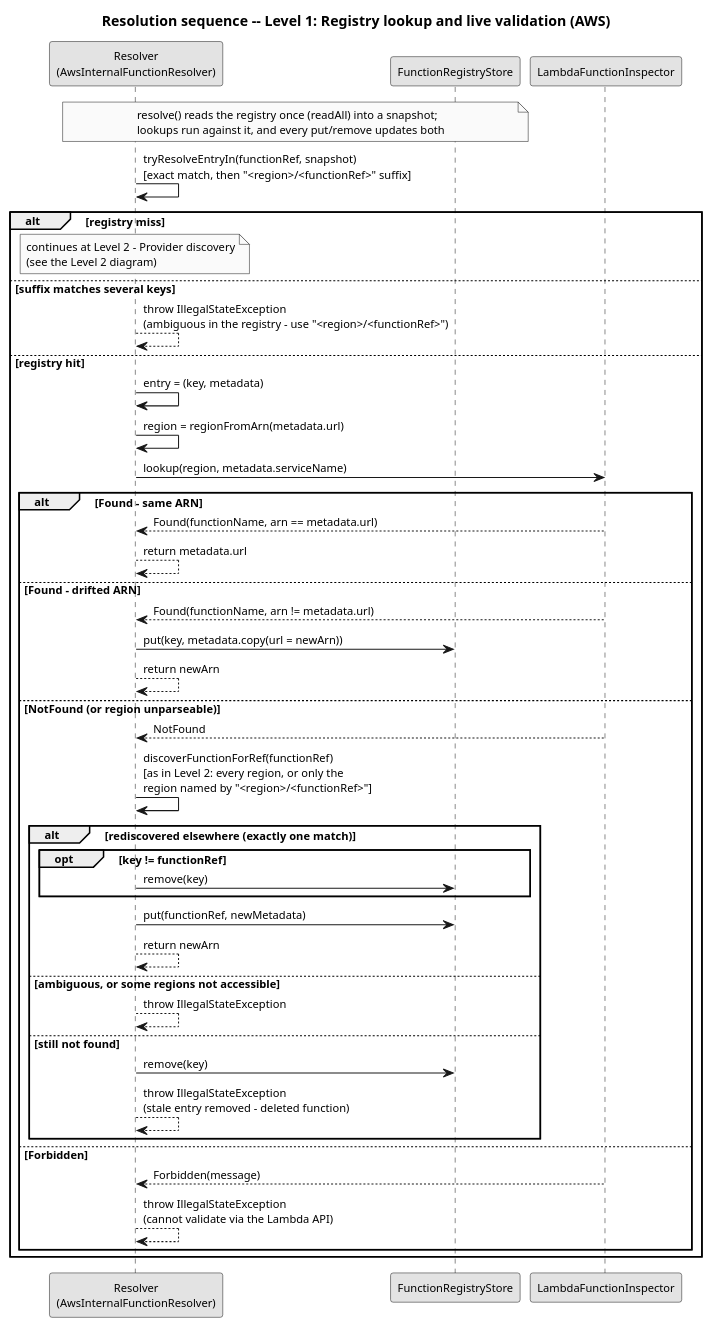
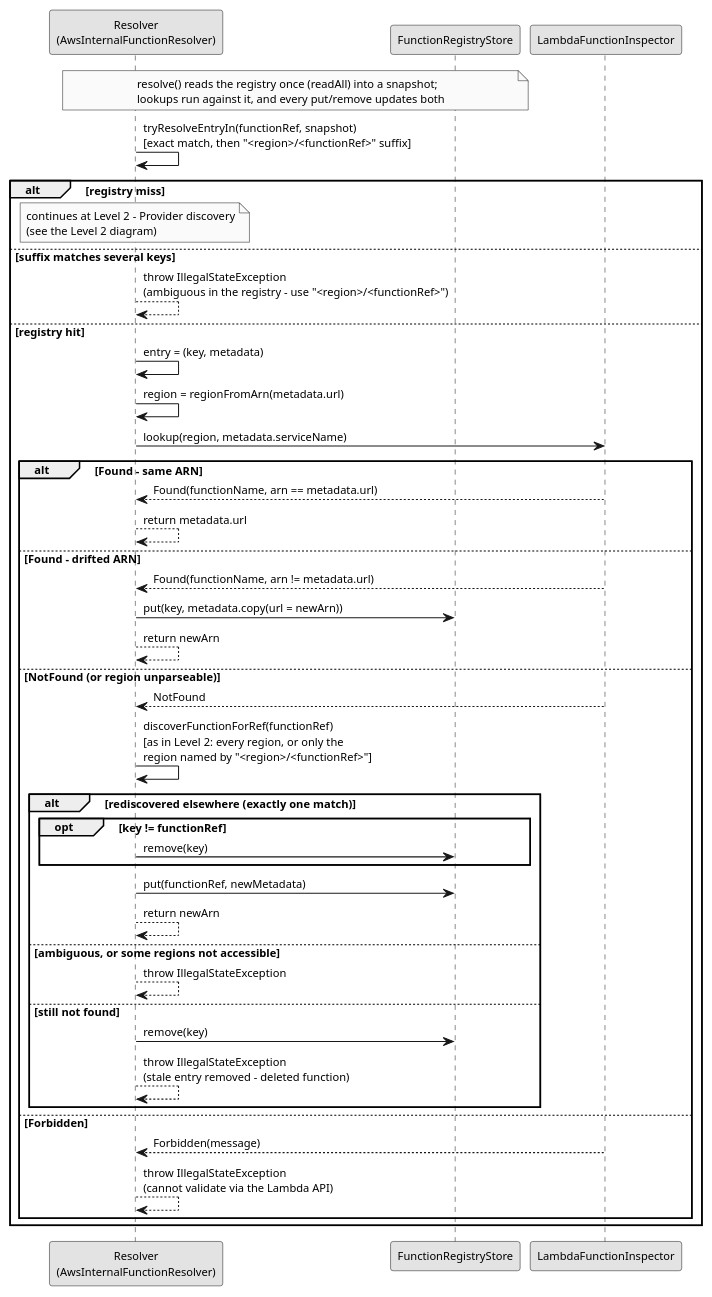
One commit to EngenheiroPedroCarvalho/ISEL-Thesis-2526 changed the diagram in diagrams/resolution-cascade-level1-aws.puml. Above: the diagram before and after it, drawn with PlantUML. The commit also changed 52 other files, not shown here.

First line of the commit message:
Drop diagram titles and use "deployment" in the Resumo

```diff
--- a/diagrams/resolution-cascade-level1-aws.puml
+++ b/diagrams/resolution-cascade-level1-aws.puml
@@ -1,55 +1,53 @@
 @startuml resolution-cascade-level1-aws
 skinparam monochrome true
 skinparam shadowing false
 skinparam defaultFontSize 11
-title Resolution sequence -- Level 1: Registry lookup and live validation (AWS)
-
 participant "Resolver\n(AwsInternalFunctionResolver)" as R
 participant "FunctionRegistryStore" as REG
 participant "LambdaFunctionInspector" as AI
 
 note over R, REG
   resolve() reads the registry once (readAll) into a snapshot;
   lookups run against it, and every put/remove updates both
 end note
 R -> R : tryResolveEntryIn(functionRef, snapshot)\n[exact match, then "<region>/<functionRef>" suffix]
 alt registry miss
   note over R
     continues at Level 2 - Provider discovery
     (see the Level 2 diagram)
   end note
 else suffix matches several keys
   R --> R : throw IllegalStateException\n(ambiguous in the registry - use "<region>/<functionRef>")
 else registry hit
   R -> R : entry = (key, metadata)
   R -> R : region = regionFromArn(metadata.url)
 
   R -> AI : lookup(region, metadata.serviceName)
   alt Found - same ARN
     AI --> R : Found(functionName, arn == metadata.url)
     R --> R : return metadata.url
   else Found - drifted ARN
     AI --> R : Found(functionName, arn != metadata.url)
     R -> REG : put(key, metadata.copy(url = newArn))
     R --> R : return newArn
   else NotFound (or region unparseable)
     AI --> R : NotFound
     R -> R : discoverFunctionForRef(functionRef)\n[as in Level 2: every region, or only the\nregion named by "<region>/<functionRef>"]
     alt rediscovered elsewhere (exactly one match)
       opt key != functionRef
         R -> REG : remove(key)
       end
       R -> REG : put(functionRef, newMetadata)
       R --> R : return newArn
     else ambiguous, or some regions not accessible
       R --> R : throw IllegalStateException
     else still not found
       R -> REG : remove(key)
       R --> R : throw IllegalStateException\n(stale entry removed - deleted function)
     end
   else Forbidden
     AI --> R : Forbidden(message)
     R --> R : throw IllegalStateException\n(cannot validate via the Lambda API)
   end
 end
 @enduml
```
